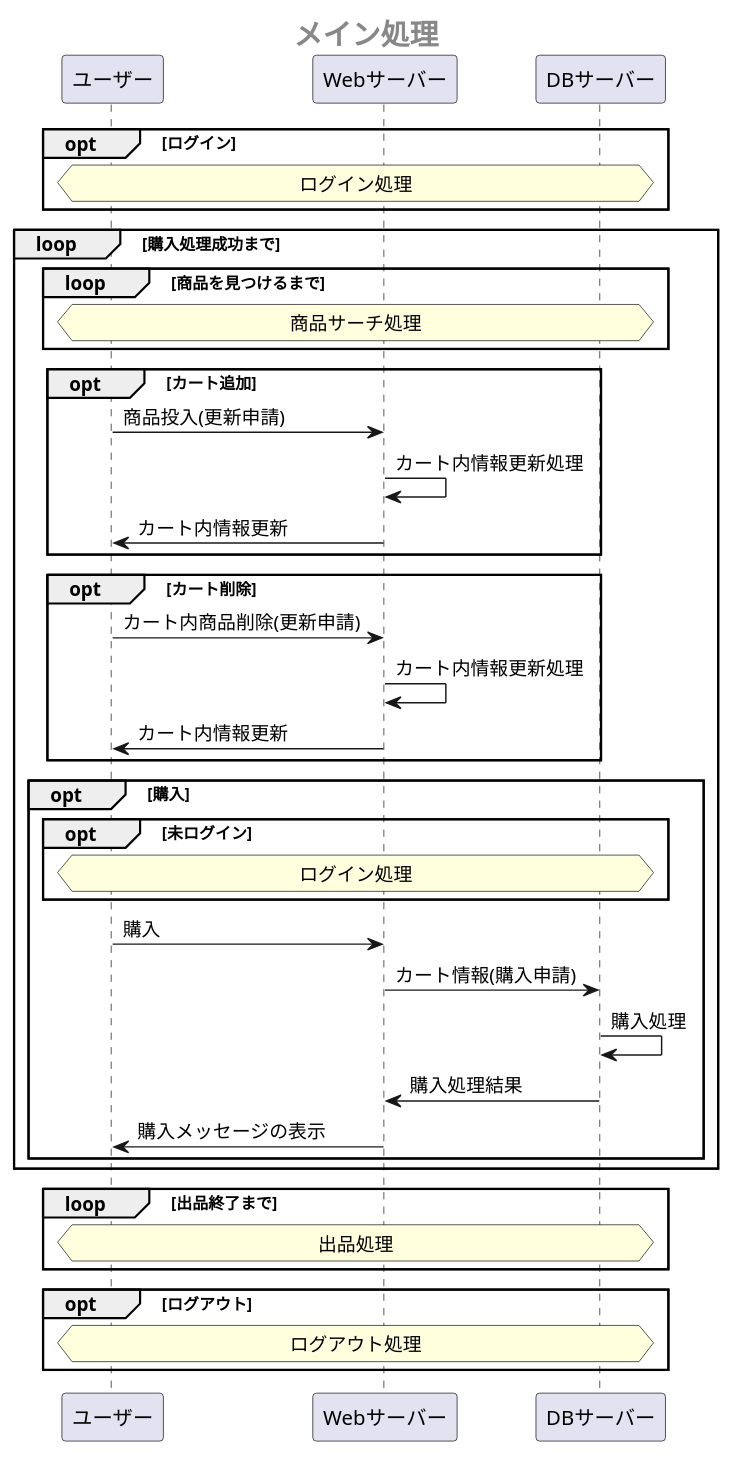
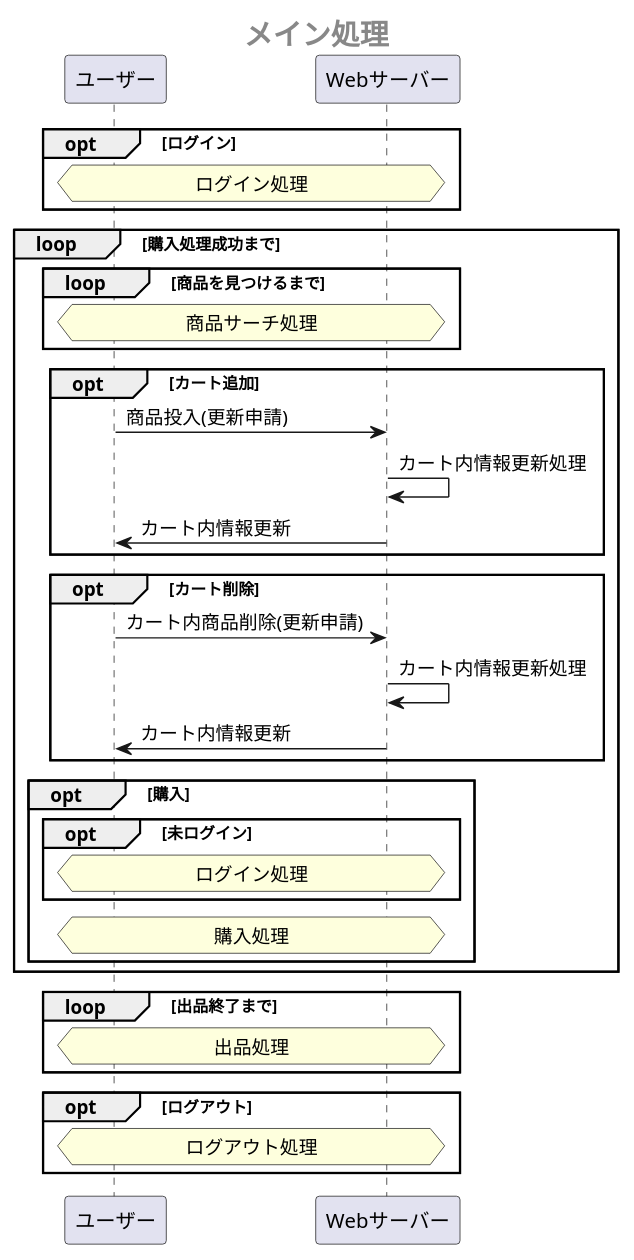
The first of 5 diagrams in 業務フロー図.md (Aso2001147/system3), drawn with PlantUML before and after one commit.

````diff
--- a/業務フロー図.md
+++ b/業務フロー図.md
@@ -1,46 +1,42 @@
 ```uml 
 @startuml 
  center header <size:20><b>メイン処理</b></size>
  
  opt ログイン
   hnote across: ログイン処理
  end
 
  loop 購入処理成功まで
   loop 商品を見つけるまで
    hnote across: 商品サーチ処理
   end
 
   opt カート追加
    ユーザー -> Webサーバー:商品投入(更新申請)
    Webサーバー -> Webサーバー:カート内情報更新処理
    Webサーバー ->ユーザー:カート内情報更新
   end
   opt カート削除
    ユーザー -> Webサーバー:カート内商品削除(更新申請)
    Webサーバー -> Webサーバー:カート内情報更新処理
    Webサーバー ->ユーザー:カート内情報更新
   end
 
   opt 購入
    opt 未ログイン
      hnote across: ログイン処理
    end
-   ユーザー -> Webサーバー:購入
-   Webサーバー -> DBサーバー:カート情報(購入申請)
-   DBサーバー -> DBサーバー:購入処理
-   DBサーバー -> Webサーバー:購入処理結果
-   Webサーバー ->ユーザー:購入メッセージの表示
+   hnote across: 購入処理
   end
 
  end
  
  loop 出品終了まで
   hnote across: 出品処理
  end
 
  opt ログアウト
   hnote across: ログアウト処理
  end
 @enduml
 ```
````
